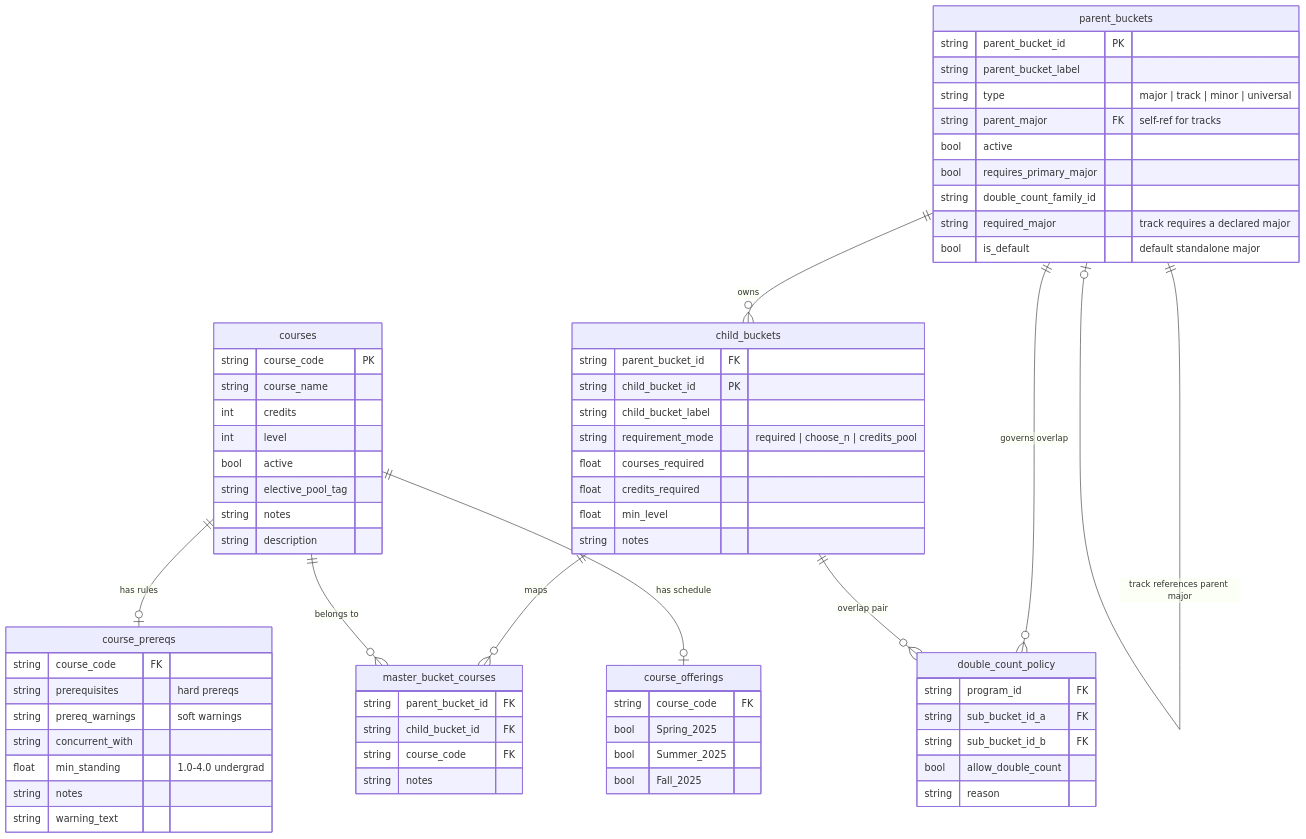
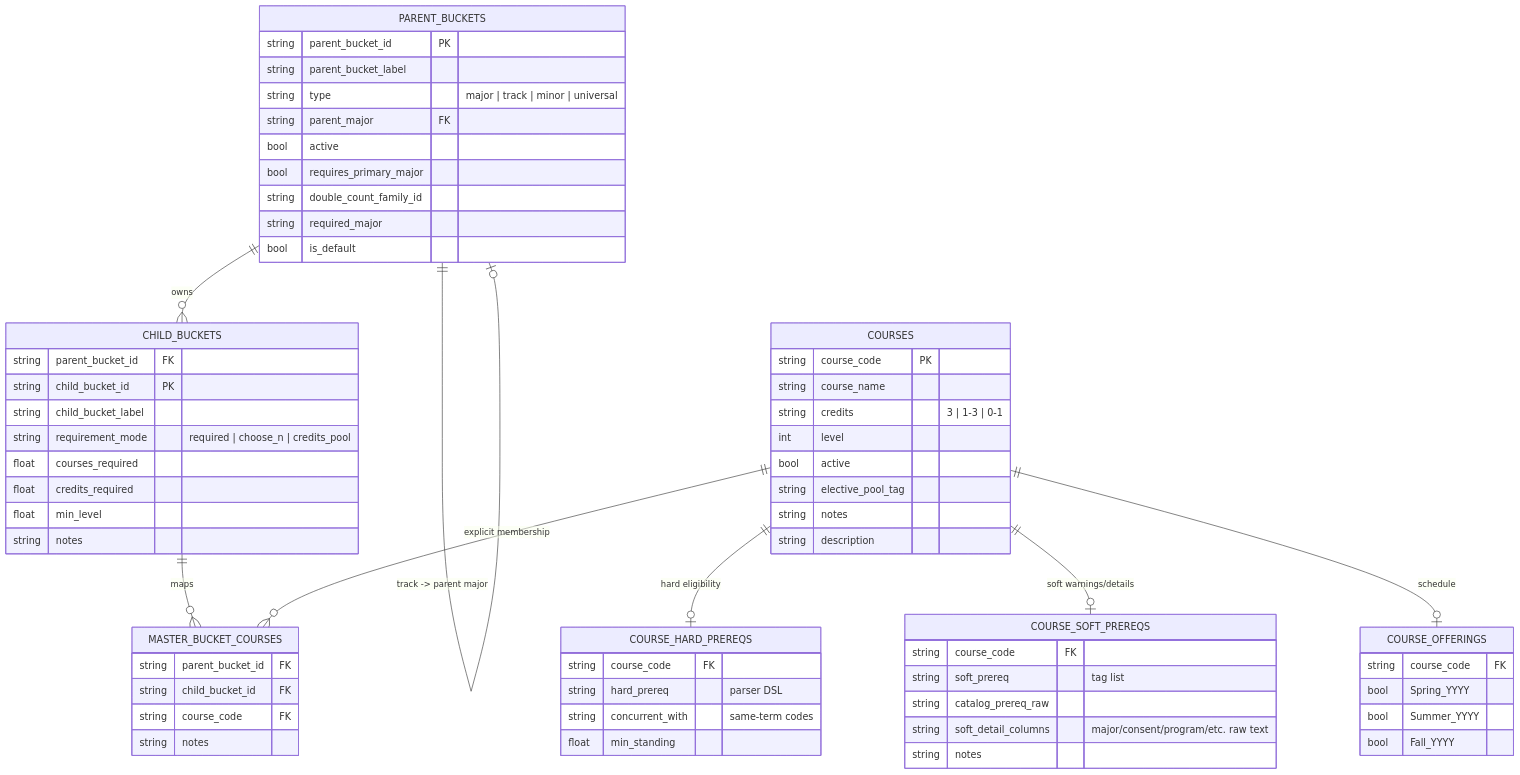
The second of 2 diagrams in docs/data_model.md (markiengo/marqbot), drawn with Mermaid before and after one commit. The commit also changed other lines of this file and 19 other files, not shown here.

````diff
--- a/docs/data_model.md
+++ b/docs/data_model.md
@@ -7,77 +52,73 @@
 ```mermaid
 erDiagram
-    courses {
+    COURSES {
         string course_code PK
         string course_name
-        int credits
+        string credits "3 | 1-3 | 0-1"
         int level
         bool active
         string elective_pool_tag
         string notes
         string description
     }
 
-    parent_buckets {
+    PARENT_BUCKETS {
         string parent_bucket_id PK
         string parent_bucket_label
         string type "major | track | minor | universal"
-        string parent_major FK "self-ref for tracks"
+        string parent_major FK
         bool active
         bool requires_primary_major
         string double_count_family_id
-        string required_major "track requires a declared major"
-        bool is_default "default standalone major"
+        string required_major
+        bool is_default
     }
 
-    child_buckets {
+    CHILD_BUCKETS {
         string parent_bucket_id FK
         string child_bucket_id PK
         string child_bucket_label
         string requirement_mode "required | choose_n | credits_pool"
         float courses_required
         float credits_required
         float min_level
         string notes
     }
 
-    master_bucket_courses {
+    MASTER_BUCKET_COURSES {
         string parent_bucket_id FK
         string child_bucket_id FK
         string course_code FK
         string notes
     }
 
-    course_prereqs {
+    COURSE_HARD_PREREQS {
         string course_code FK
-        string prerequisites "hard prereqs"
-        string prereq_warnings "soft warnings"
-        string concurrent_with
-        float min_standing "1.0-4.0 undergrad"
-        string notes
-        string warning_text
+        string hard_prereq "parser DSL"
+        string concurrent_with "same-term codes"
+        float min_standing
     }
 
-    course_offerings {
+    COURSE_SOFT_PREREQS {
         string course_code FK
-        bool Spring_2025
-        bool Summer_2025
-        bool Fall_2025
+        string soft_prereq "tag list"
+        string catalog_prereq_raw
+        string soft_detail_columns "major/consent/program/etc. raw text"
+        string notes
     }
 
-    double_count_policy {
-        string program_id FK
-        string sub_bucket_id_a FK
-        string sub_bucket_id_b FK
-        bool allow_double_count
-        string reason
+    COURSE_OFFERINGS {
+        string course_code FK
+        bool Spring_YYYY
+        bool Summer_YYYY
+        bool Fall_YYYY
     }
 
-    parent_buckets ||--o{ child_buckets : "owns"
-    parent_buckets ||--o| parent_buckets : "track references parent major"
-    child_buckets ||--o{ master_bucket_courses : "maps"
-    courses ||--o{ master_bucket_courses : "belongs to"
-    courses ||--o| course_prereqs : "has rules"
-    courses ||--o| course_offerings : "has schedule"
-    parent_buckets ||--o{ double_count_policy : "governs overlap"
-    child_buckets ||--o{ double_count_policy : "overlap pair"
+    PARENT_BUCKETS ||--o{ CHILD_BUCKETS : owns
+    PARENT_BUCKETS ||--o| PARENT_BUCKETS : "track -> parent major"
+    CHILD_BUCKETS ||--o{ MASTER_BUCKET_COURSES : maps
+    COURSES ||--o{ MASTER_BUCKET_COURSES : "explicit membership"
+    COURSES ||--o| COURSE_HARD_PREREQS : "hard eligibility"
+    COURSES ||--o| COURSE_SOFT_PREREQS : "soft warnings/details"
+    COURSES ||--o| COURSE_OFFERINGS : schedule
 ```
````
